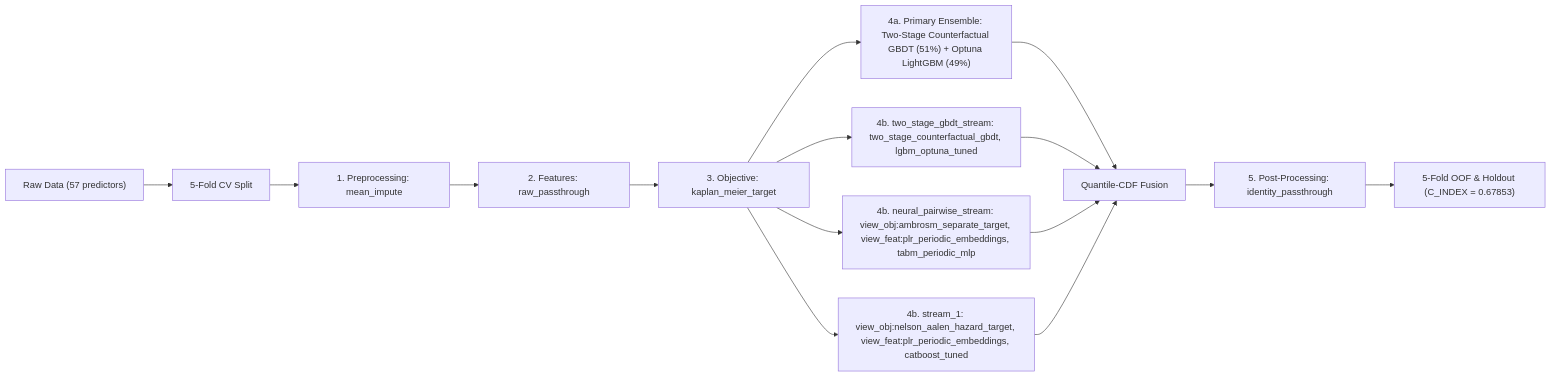
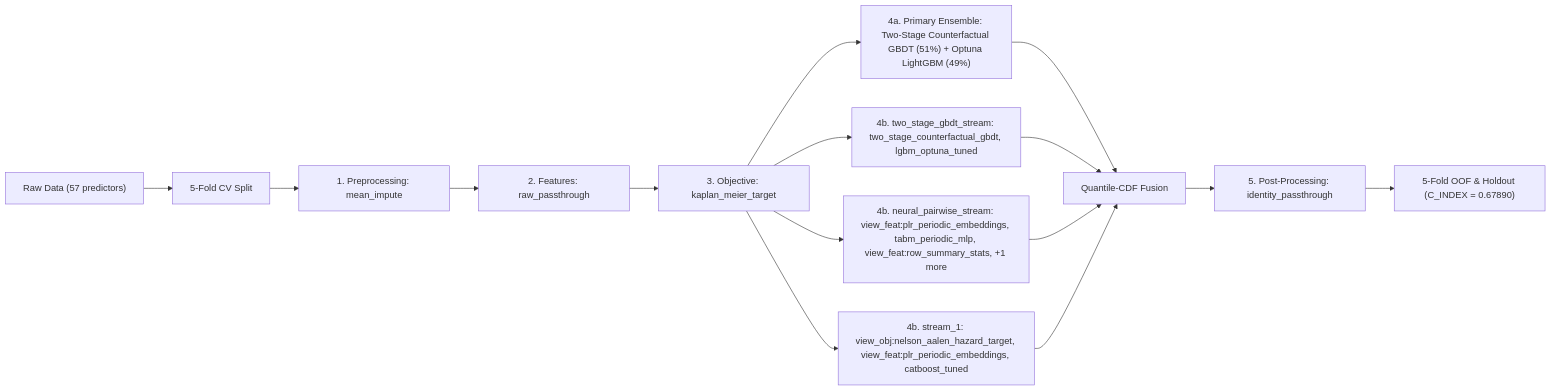
One commit to stefanoclss/CIBMTR-Equity-in-Post-HCT-Survival-Predictions changed the diagram in README.md. Above: the diagram before and after it, drawn with Mermaid. The commit also changed other lines of this file, not shown here.

First line of the commit message:
docs(readme): refresh verified OOF benchmark & build ledger (C_INDEX=0.67890)

````diff
--- a/README.md
+++ b/README.md
@@ -71,17 +72,17 @@
 ```mermaid
 flowchart LR
     DATA["Raw Data (57 predictors)"] --> SPLIT["5-Fold CV Split"]
     SPLIT --> PRE["1. Preprocessing: mean_impute"]
     PRE --> FEAT["2. Features: raw_passthrough"]
     FEAT --> OBJ["3. Objective: kaplan_meier_target"]
     OBJ --> M0["4a. Primary Ensemble: Two-Stage Counterfactual GBDT (51%) + Optuna LightGBM (49%)"]
     M0 --> FUSE["Quantile-CDF Fusion"]
     OBJ --> S1["4b. two_stage_gbdt_stream: two_stage_counterfactual_gbdt, lgbm_optuna_tuned"]
     S1 --> FUSE
-    OBJ --> S2["4b. neural_pairwise_stream: view_obj:ambrosm_separate_target, view_feat:plr_periodic_embeddings, tabm_periodic_mlp"]
+    OBJ --> S2["4b. neural_pairwise_stream: view_feat:plr_periodic_embeddings, tabm_periodic_mlp, view_feat:row_summary_stats, +1 more"]
     S2 --> FUSE
     OBJ --> S3["4b. stream_1: view_obj:nelson_aalen_hazard_target, view_feat:plr_periodic_embeddings, catboost_tuned"]
     S3 --> FUSE
     FUSE --> POST["5. Post-Processing: identity_passthrough"]
-    POST --> OUT["5-Fold OOF & Holdout (C_INDEX = 0.67853)"]
+    POST --> OUT["5-Fold OOF & Holdout (C_INDEX = 0.67890)"]
 ```
````
